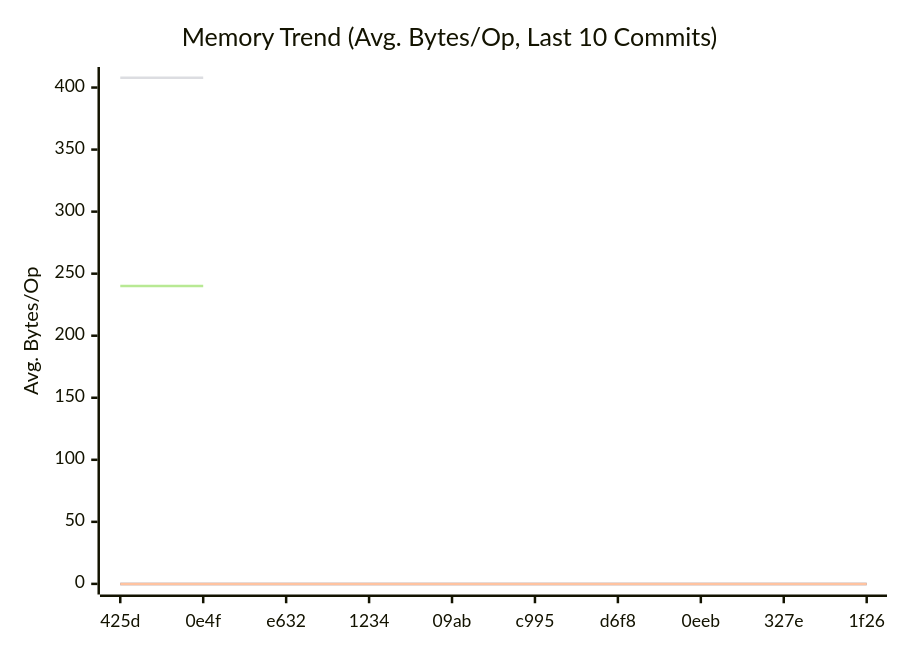
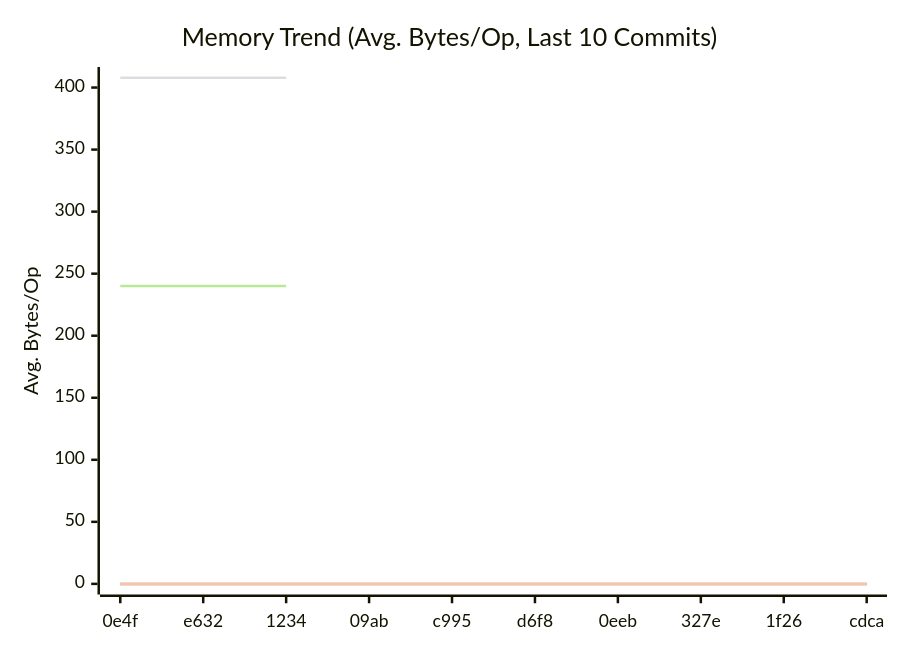
Before and after one commit to alsotoes/momo: the second of 3 diagrams in doc/README.md, drawn with Mermaid. The commit also changed other lines of this file and 1 other file, not shown here.

````diff
--- a/doc/README.md
+++ b/doc/README.md
@@ -309,12 +309,12 @@
 ```mermaid
 xychart-beta
     title "Memory Trend (Avg. Bytes/Op, Last 10 Commits)"
     x-axis "Commit"
     y-axis "Avg. Bytes/Op"
-    x-axis [425d,0e4f,e632,1234,09ab,c995,d6f8,0eeb,327e,1f26]
+    x-axis [0e4f,e632,1234,09ab,c995,d6f8,0eeb,327e,1f26,cdca]
     line "CheckMetricsAndSwap" [0,0,0,0,0,0,0,0,0,0]
     line "IndexDirectTracking" [0,0,0,0,0,0,0,0,0,0]
     line "IndexSearch" [0,0,0,0,0,0,0,0,0,0]
-    line "ParseReplicationOrder_NoPrealloc" [408,408]
-    line "ParseReplicationOrder_Prealloc" [240,240]
+    line "ParseReplicationOrder_NoPrealloc" [408,408,408]
+    line "ParseReplicationOrder_Prealloc" [240,240,240]
 ```
````
